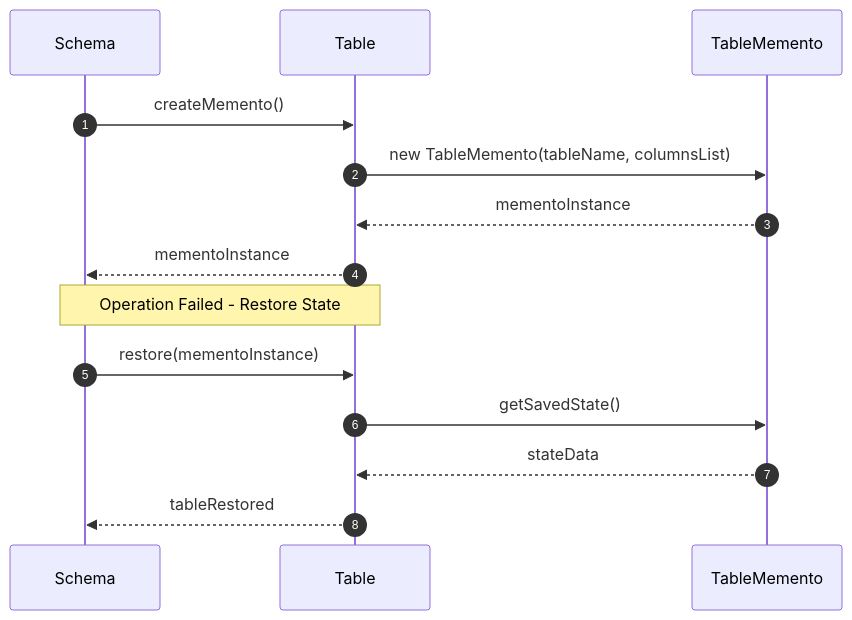
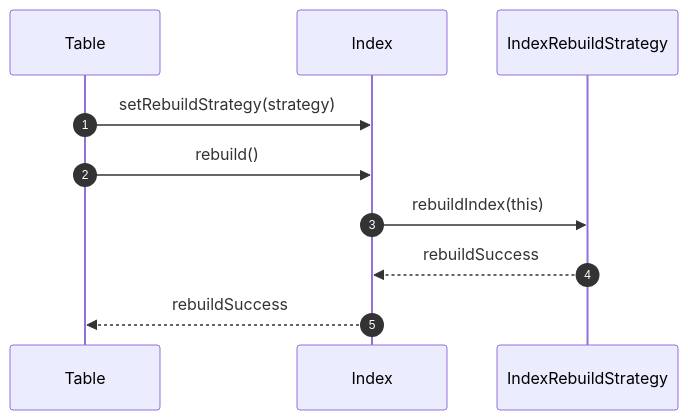
Diagram 14 of 15 in docs/design_patterns/metadata/Sequece.md (Dikhang1112/Database_Management_BBV), drawn with Mermaid before and after one commit. The commit also changed other lines of this file and 2 other files, not shown here.

Commit message:
Refactor class diagram follow desgin pattern and document

````diff
--- a/docs/design_patterns/metadata/Sequece.md
+++ b/docs/design_patterns/metadata/Sequece.md
@@ -387,18 +338,13 @@
 ```mermaid
 sequenceDiagram
     autonumber
-    participant Schema as Schema
     participant Table as Table
-    participant Memento as TableMemento
+    participant Index as Index
+    participant Strategy as IndexRebuildStrategy
 
-    Schema->>Table: createMemento()
-    Table->>Memento: new TableMemento(tableName, columnsList)
-    Memento-->>Table: mementoInstance
-    Table-->>Schema: mementoInstance
-
-    note over Schema, Table: Operation Failed - Restore State
-    Schema->>Table: restore(mementoInstance)
-    Table->>Memento: getSavedState()
-    Memento-->>Table: stateData
-    Table-->>Schema: tableRestored
+    Table->>Index: setRebuildStrategy(strategy)
+    Table->>Index: rebuild()
+    Index->>Strategy: rebuildIndex(this)
+    Strategy-->>Index: rebuildSuccess
+    Index-->>Table: rebuildSuccess
 ```
````
